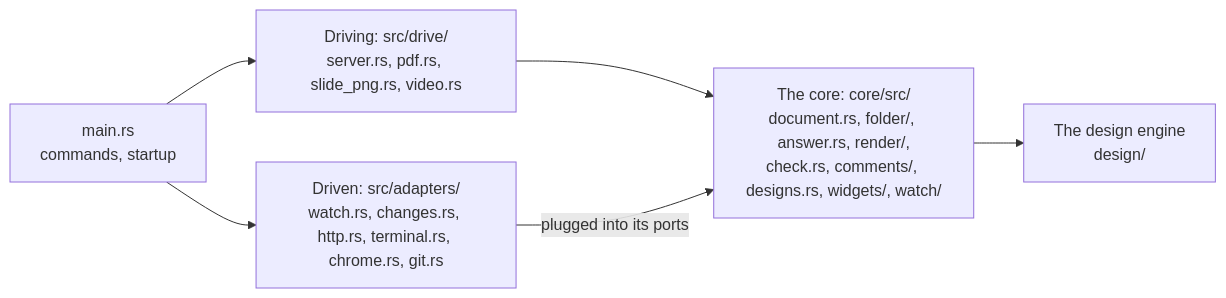
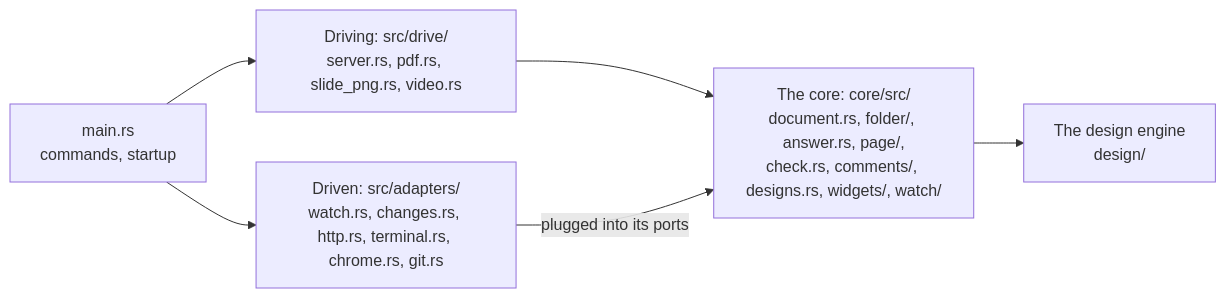
Before and after one commit to andrei512/devpage: the diagram in docs/boxes/engineering/code-map/README.md, drawn with Mermaid. The commit also changed other lines of this file and 55 other files, not shown here.

First line of the commit message:
page: render in two phases — content, then frame — with ids for check

````diff
--- a/docs/boxes/engineering/code-map/README.md
+++ b/docs/boxes/engineering/code-map/README.md
@@ -26,13 +26,13 @@
 ```mermaid
 flowchart LR
   main["main.rs<br/>commands, startup"] --> drive["Driving: src/drive/<br/>server.rs, pdf.rs, slide_png.rs, video.rs"]
   main --> adapters["Driven: src/adapters/<br/>watch.rs, changes.rs, http.rs, terminal.rs, chrome.rs, git.rs"]
-  drive --> core["The core: core/src/<br/>document.rs, folder/, answer.rs, render/,<br/>check.rs, comments/, designs.rs, widgets/, watch/"]
+  drive --> core["The core: core/src/<br/>document.rs, folder/, answer.rs, page/,<br/>check.rs, comments/, designs.rs, widgets/, watch/"]
   adapters -- "plugged into its ports" --> core
   core --> engine["The design engine<br/>design/"]
   click main href "#how-main-wires-it-together" "How main wires it together"
   click drive href "../../viewer/serving-pages/README.md" "Serving pages"
   click adapters href "../../viewer/live-updates/README.md" "Live updates"
   click core href "../../viewer/rendering-a-page/README.md" "Rendering a page"
   click engine href "../../viewer/design-engine/README.md" "The design engine"
 ```
````
